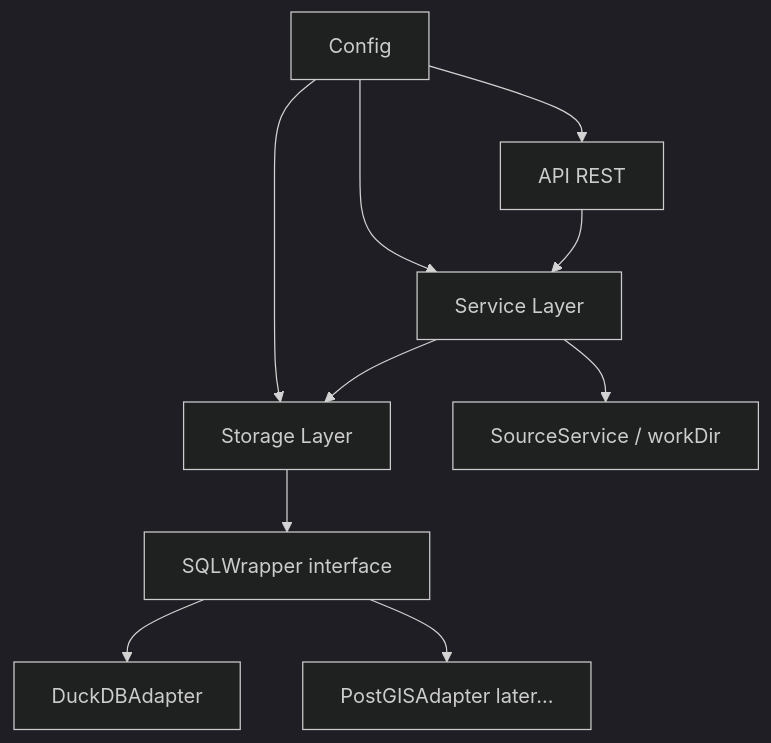
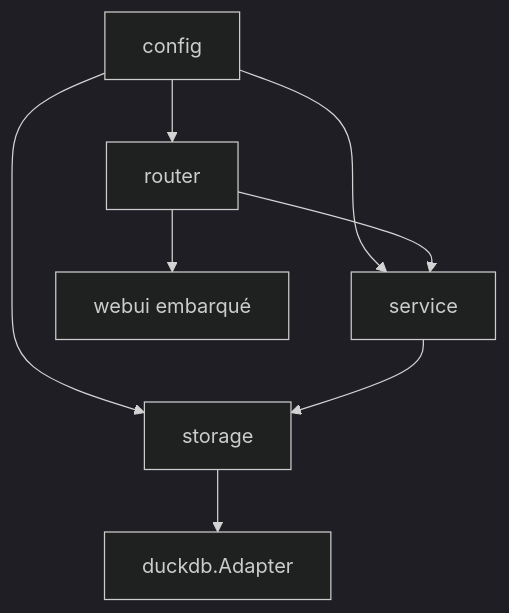
One commit to amauryval/darow changed the diagram in docs/spec.md. Above: the diagram before and after it, drawn with Mermaid (dark theme). The commit also changed other lines of this file and 59 other files, not shown here.

````diff
--- a/docs/spec.md
+++ b/docs/spec.md
@@ -42,12 +87,10 @@
 ```mermaid
 graph TD
-    Z[Config] --> A[API REST]
-    Z --> B[Service Layer]
-    Z --> C[Storage Layer]
+    Z[config] --> A[router]
+    Z --> B[service]
+    Z --> C[storage]
     A --> B
     B --> C
-    B --> G[SourceService / workDir]
-    C --> D[SQLWrapper interface]
-    D --> E[DuckDBAdapter]
-    D --> F[PostGISAdapter later...]
+    C --> E[duckdb.Adapter]
+    A --> W[webui embarqué]
 ```
````
